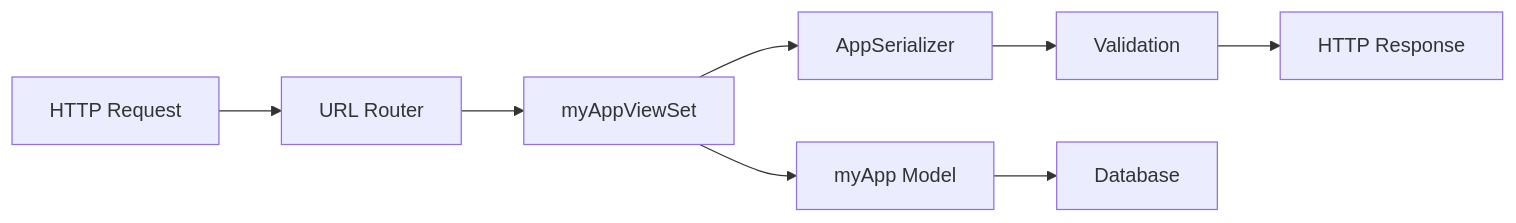
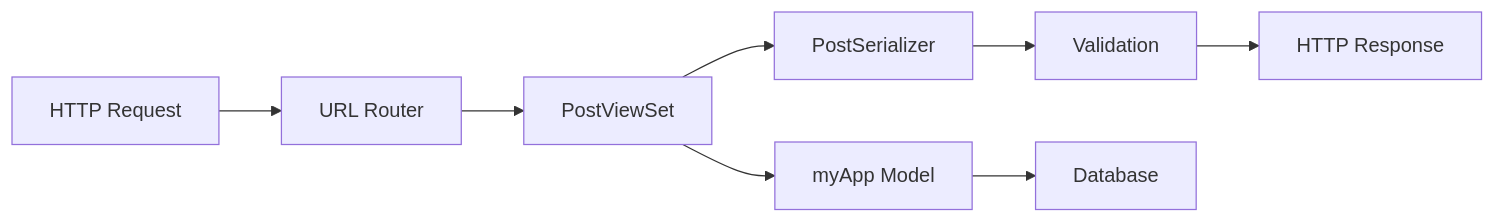
Before and after one commit to josevitor555/first-django-react: the third of 9 diagrams in .qoder/quests/design-document.md, drawn with Mermaid. The commit also changed other lines of this file, not shown here.

````diff
--- a/.qoder/quests/design-document.md
+++ b/.qoder/quests/design-document.md
@@ -102,10 +102,10 @@
 ```mermaid
 graph LR
     A[HTTP Request] --> B[URL Router]
-    B --> C[myAppViewSet]
-    C --> D[AppSerializer]
+    B --> C[PostViewSet]
+    C --> D[PostSerializer]
     C --> E[myApp Model]
     D --> F[Validation]
     E --> G[Database]
     F --> H[HTTP Response]
 ```
````
